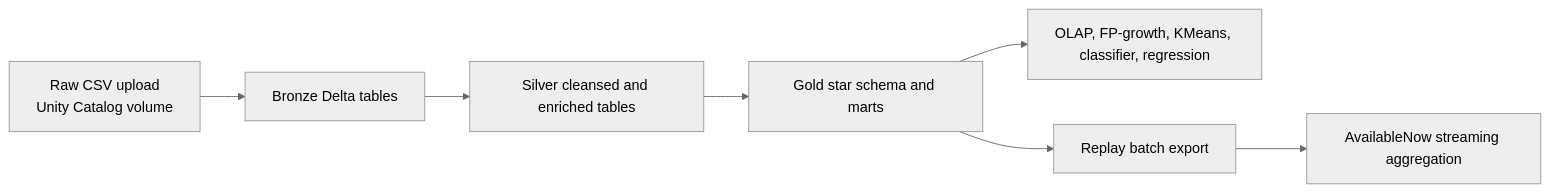
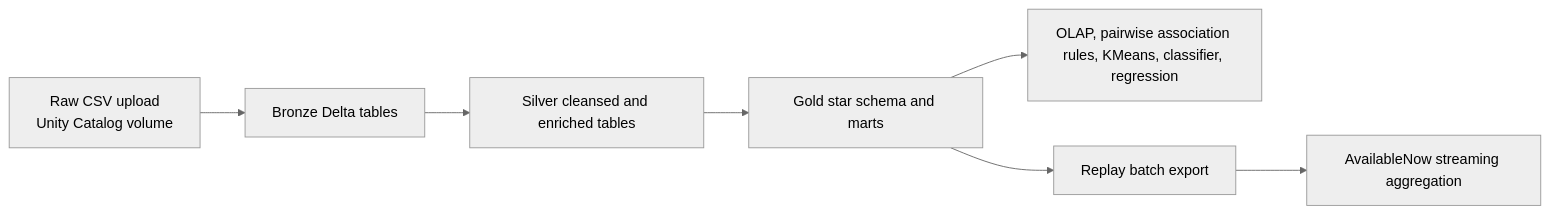
Before and after one commit to The-Harsh-Vardhan/RetailPulse: the diagram in assets/retailpulse_medallion.mmd, drawn with Mermaid (neutral theme). The commit also changed 1 other file, not shown here.

Commit message:
docs: refresh README with accurate task-level architecture diagram and results table
Refs #1

```diff
--- a/assets/retailpulse_medallion.mmd
+++ b/assets/retailpulse_medallion.mmd
@@ -1,7 +1,7 @@
 flowchart LR
     raw[Raw CSV upload<br/>Unity Catalog volume] --> bronze[Bronze Delta tables]
     bronze --> silver[Silver cleansed and enriched tables]
     silver --> gold[Gold star schema and marts]
-    gold --> analytics[OLAP, FP-growth, KMeans, classifier, regression]
+    gold --> analytics[OLAP, pairwise association rules, KMeans, classifier, regression]
     gold --> replay[Replay batch export]
     replay --> streaming[AvailableNow streaming aggregation]
```
